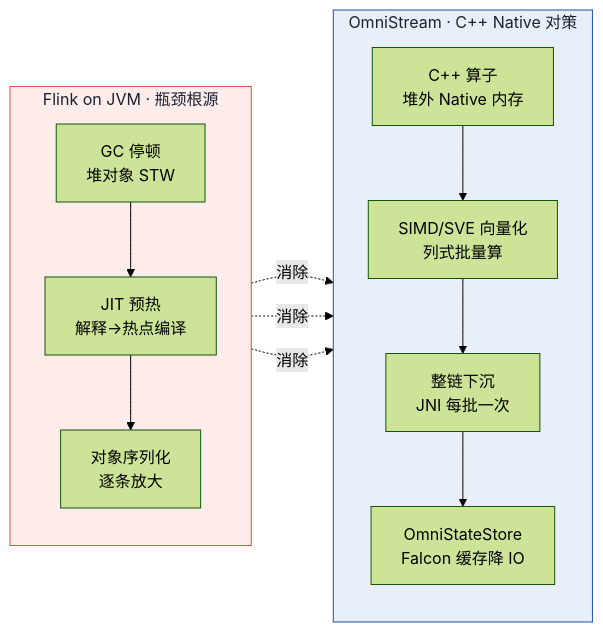
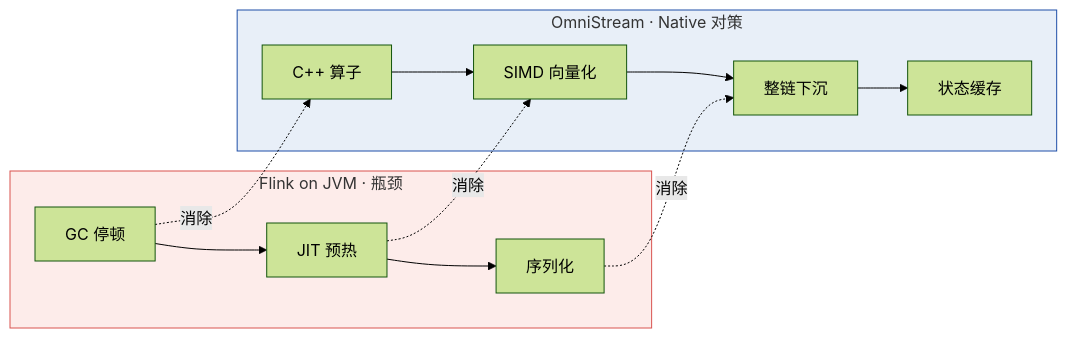
The first of 13 diagrams in manuscript.md (int2t05/internship), drawn with Mermaid (forest theme) before and after one commit. The commit also changed other lines of this file and 12 other files, not shown here.

````diff
--- a/manuscript.md
+++ b/manuscript.md
@@ -121,21 +121,16 @@
 ```mermaid
 flowchart LR
-    subgraph Flink["Flink on JVM · 瓶颈根源"]
-        direction TB
-        A1["GC 停顿<br/>堆对象 STW"] --> A2["JIT 预热<br/>解释→热点编译"]
-        A2 --> A3["对象序列化<br/>逐条放大"]
+    subgraph Flink["Flink on JVM · 瓶颈"]
+        A1["GC 停顿"] --> A2["JIT 预热"] --> A3["序列化"]
     end
-    subgraph Omni["OmniStream · C++ Native 对策"]
-        direction TB
-        B1["C++ 算子<br/>堆外 Native 内存"] --> B2["SIMD/SVE 向量化<br/>列式批量算"]
-        B2 --> B3["整链下沉<br/>JNI 每批一次"]
-        B3 --> B4["OmniStateStore<br/>Falcon 缓存降 IO"]
+    subgraph Omni["OmniStream · Native 对策"]
+        B1["C++ 算子"] --> B2["SIMD 向量化"] --> B3["整链下沉"] --> B4["状态缓存"]
     end
     A1 -.消除.-> B1
     A2 -.消除.-> B2
     A3 -.消除.-> B3
-    classDef jvm fill:#FDECEA,stroke:#D9534F,color:#1A2230
-    classDef omni fill:#E8EFF8,stroke:#1E4FA8,color:#1A2230
+    classDef jvm fill:#FDECEA,stroke:#D9534F
+    classDef omni fill:#E8EFF8,stroke:#1E4FA8
     class Flink jvm
     class Omni omni
 ```
````
